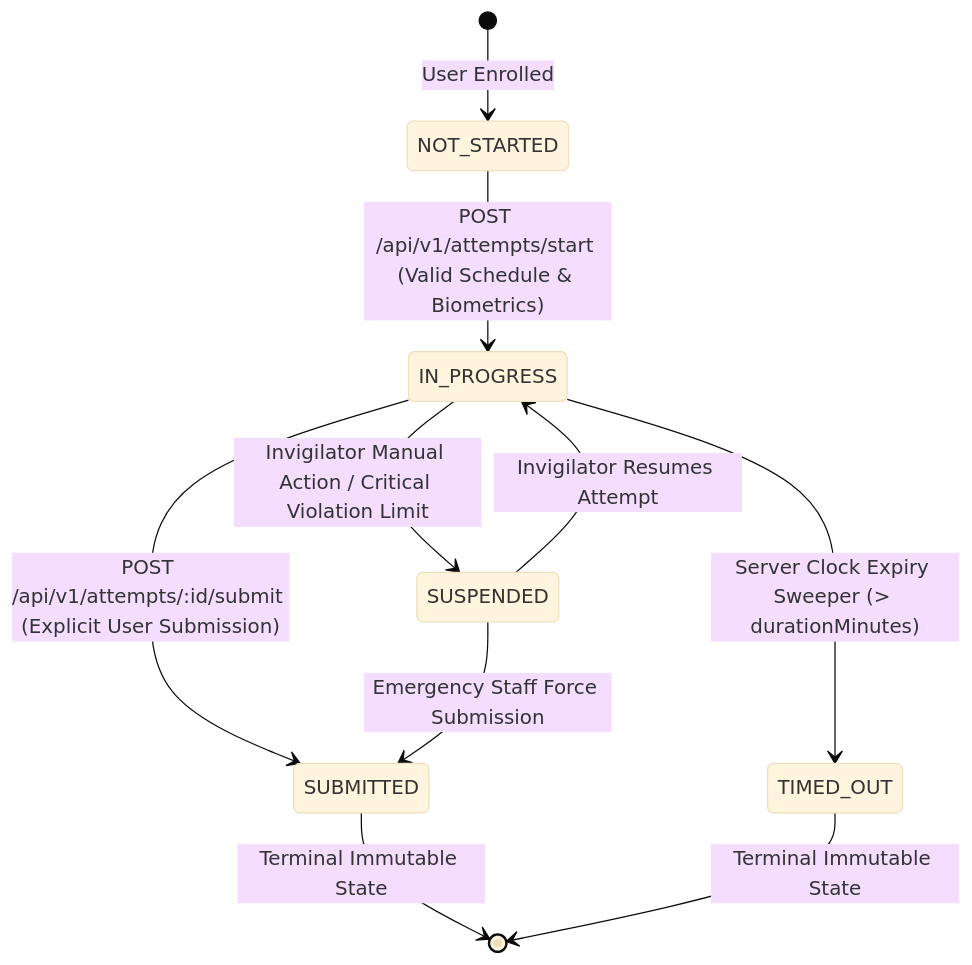
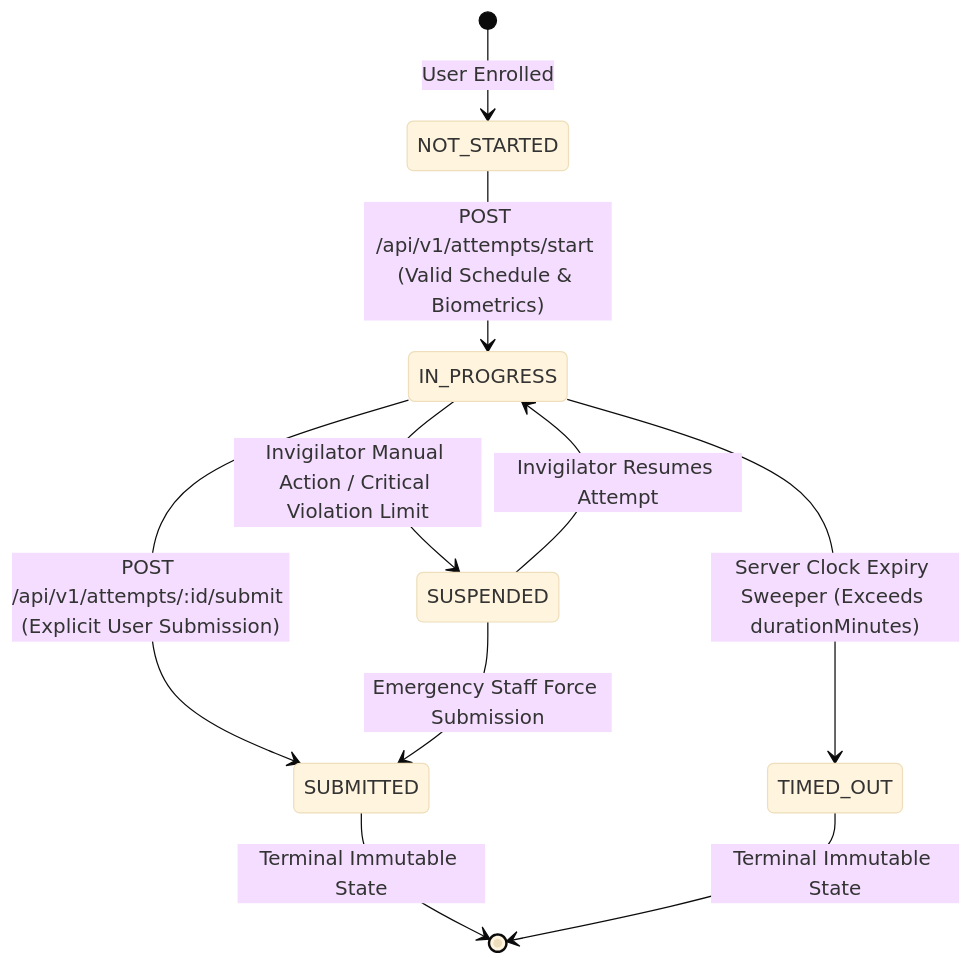
The fourth of 4 diagrams in README.md (SudeepKagi/online-exam-proctoring), drawn with Mermaid (base theme) before and after one commit. The commit also changed other lines of this file, not shown here.

Commit message:
docs(readme): fix mermaid diagram link label syntax for github rendering

````diff
--- a/README.md
+++ b/README.md
@@ -235,15 +235,15 @@
 ```mermaid
 stateDiagram-v2
     [*] --> NOT_STARTED: User Enrolled
     NOT_STARTED --> IN_PROGRESS: POST /api/v1/attempts/start (Valid Schedule & Biometrics)
     
     IN_PROGRESS --> SUSPENDED: Invigilator Manual Action / Critical Violation Limit
     SUSPENDED --> IN_PROGRESS: Invigilator Resumes Attempt
     
     IN_PROGRESS --> SUBMITTED: POST /api/v1/attempts/:id/submit (Explicit User Submission)
-    IN_PROGRESS --> TIMED_OUT: Server Clock Expiry Sweeper (> durationMinutes)
+    IN_PROGRESS --> TIMED_OUT: Server Clock Expiry Sweeper (Exceeds durationMinutes)
     SUSPENDED --> SUBMITTED: Emergency Staff Force Submission
 
     SUBMITTED --> [*]: Terminal Immutable State
     TIMED_OUT --> [*]: Terminal Immutable State
 ```
````
